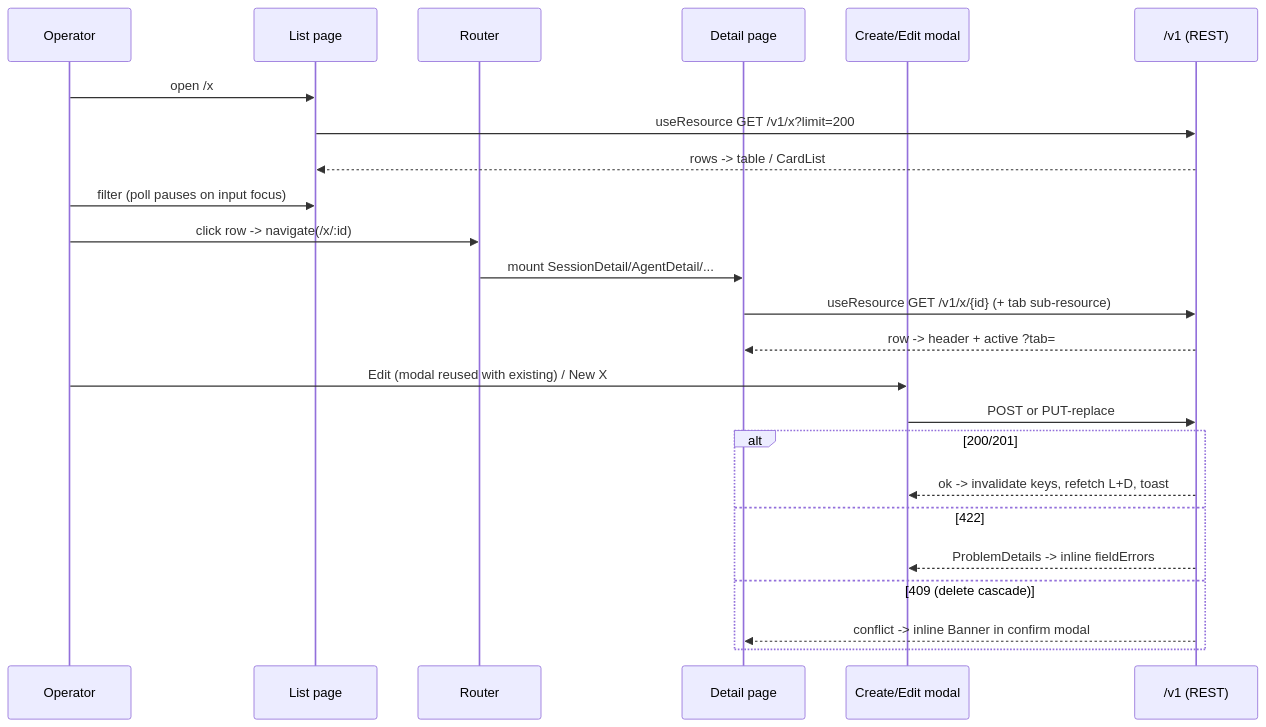
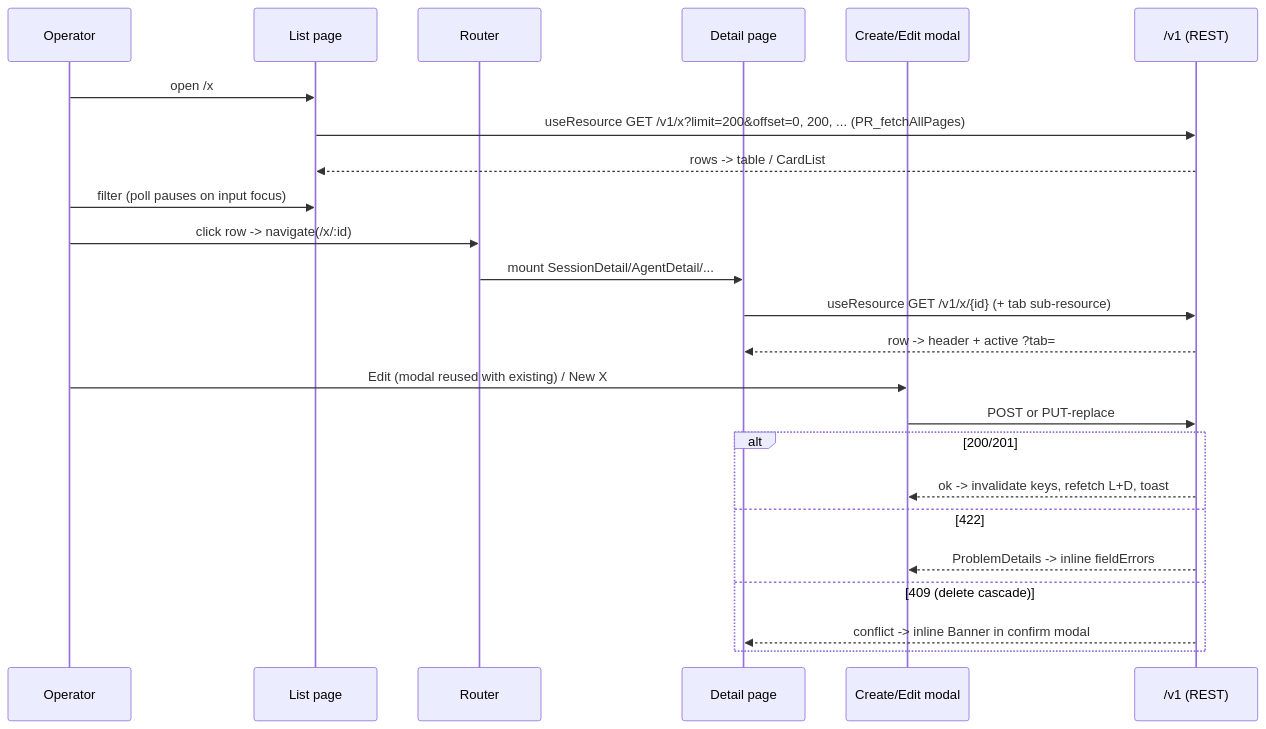
Before and after one commit to primerhq/primer: the second of 2 diagrams in docs/dev/subsystems/ui-pages.md, drawn with Mermaid. The commit also changed other lines of this file, not shown here.

First line of the commit message:
docs(ui): every list reads all its pages

````diff
--- a/docs/dev/subsystems/ui-pages.md
+++ b/docs/dev/subsystems/ui-pages.md
@@ -254,27 +254,27 @@
 ```mermaid
 sequenceDiagram
     participant Op as Operator
     participant L as List page
     participant R as Router
     participant D as Detail page
     participant M as Create/Edit modal
     participant API as /v1 (REST)
 
     Op->>L: open /x
-    L->>API: useResource GET /v1/x?limit=200
+    L->>API: useResource GET /v1/x?limit=200&offset=0, 200, ... (PR_fetchAllPages)
     API-->>L: rows -> table / CardList
     Op->>L: filter (poll pauses on input focus)
     Op->>R: click row -> navigate(/x/:id)
     R->>D: mount SessionDetail/AgentDetail/...
     D->>API: useResource GET /v1/x/{id} (+ tab sub-resource)
     API-->>D: row -> header + active ?tab=
     Op->>M: Edit (modal reused with existing) / New X
     M->>API: POST or PUT-replace
     alt 200/201
         API-->>M: ok -> invalidate keys, refetch L+D, toast
     else 422
         API-->>M: ProblemDetails -> inline fieldErrors
     else 409 (delete cascade)
         API-->>D: conflict -> inline Banner in confirm modal
     end
 ```
````
